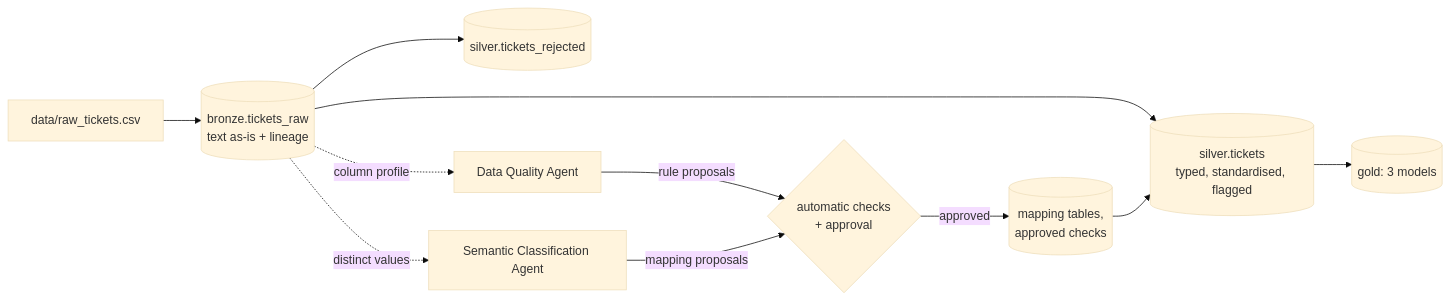
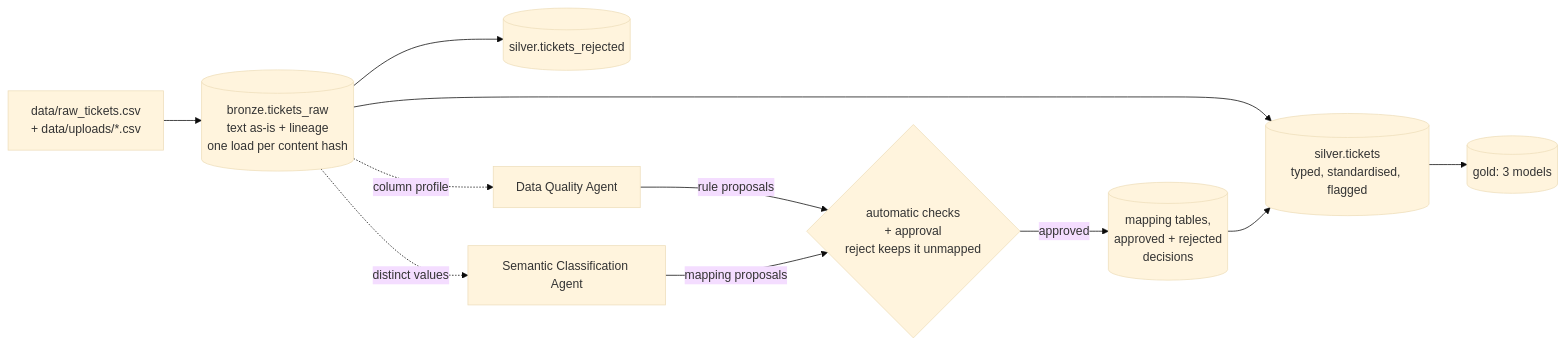
One commit to mahi80/bronze changed the diagram in README.md. Above: the diagram before and after it, drawn with Mermaid (base theme). The commit also changed other lines of this file and 1 other file, not shown here.

First line of the commit message:
Show the console entry and the review loop in the architecture

````diff
--- a/README.md
+++ b/README.md
@@ -87,13 +87,13 @@
 ```mermaid
 flowchart LR
-    F["data/raw_tickets.csv"] --> B[("bronze.tickets_raw<br/>text as-is + lineage")]
+    F["data/raw_tickets.csv<br/>+ data/uploads/*.csv"] --> B[("bronze.tickets_raw<br/>text as-is + lineage<br/>one load per content hash")]
     B --> S[("silver.tickets<br/>typed, standardised, flagged")]
     B --> R[("silver.tickets_rejected")]
     S --> G[("gold: 3 models")]
     B -. "column profile" .-> DQ["Data Quality Agent"]
     B -. "distinct values" .-> SC["Semantic Classification Agent"]
-    DQ -- "rule proposals" --> V{"automatic checks<br/>+ approval"}
+    DQ -- "rule proposals" --> V{"automatic checks<br/>+ approval<br/>reject keeps it unmapped"}
     SC -- "mapping proposals" --> V
-    V -- "approved" --> M[("mapping tables,<br/>approved checks")]
+    V -- "approved" --> M[("mapping tables,<br/>approved + rejected<br/>decisions")]
     M --> S
 ```
````
